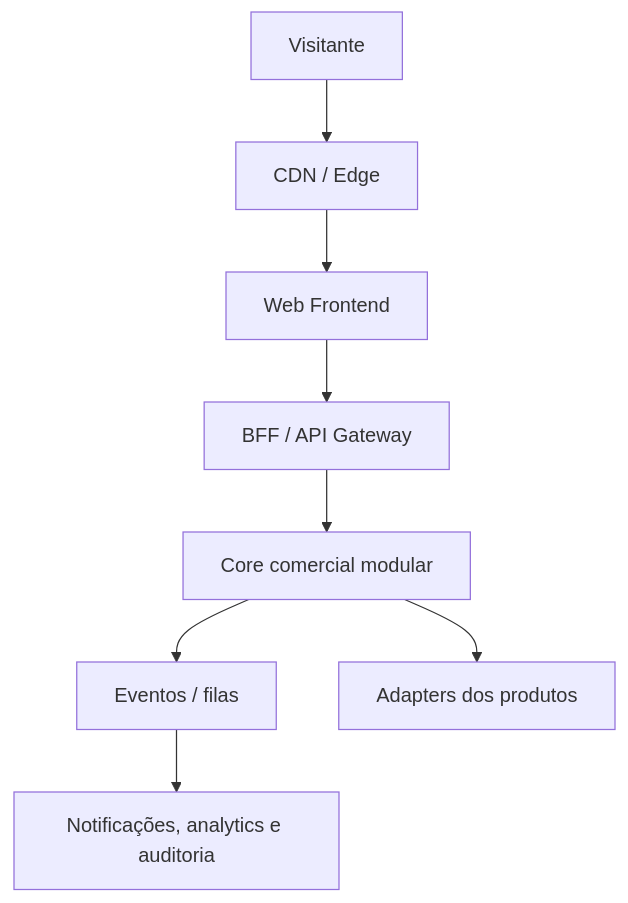
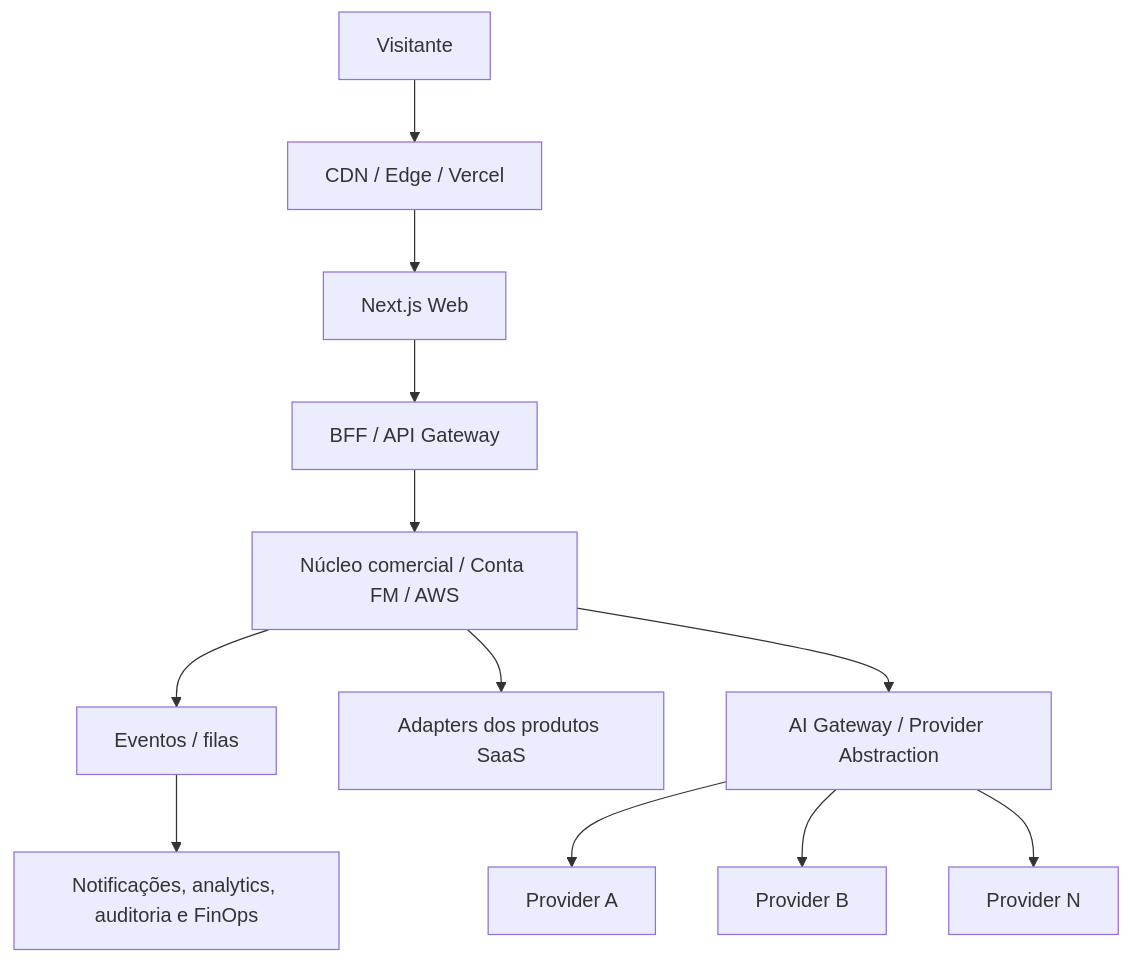
The diagram in docs/FASE_0_INVENTARIO_E_READINESS.md (faabio3131/fm-tecnologia-web-platform), drawn with Mermaid before and after one commit. The commit also changed other lines of this file, not shown here.

````diff
--- a/docs/FASE_0_INVENTARIO_E_READINESS.md
+++ b/docs/FASE_0_INVENTARIO_E_READINESS.md
@@ -166,10 +196,14 @@
 ```mermaid
 flowchart TD
-    V[Visitante] --> E[CDN / Edge]
-    E --> W[Web Frontend]
+    V[Visitante] --> E[CDN / Edge / Vercel]
+    E --> W[Next.js Web]
     W --> B[BFF / API Gateway]
-    B --> C[Core comercial modular]
+    B --> C[Núcleo comercial / Conta FM / AWS]
     C --> Q[Eventos / filas]
-    C --> A[Adapters dos produtos]
-    Q --> O[Notificações, analytics e auditoria]
+    C --> A[Adapters dos produtos SaaS]
+    C --> G[AI Gateway / Provider Abstraction]
+    G --> P1[Provider A]
+    G --> P2[Provider B]
+    G --> PN[Provider N]
+    Q --> O[Notificações, analytics, auditoria e FinOps]
 ```
````
